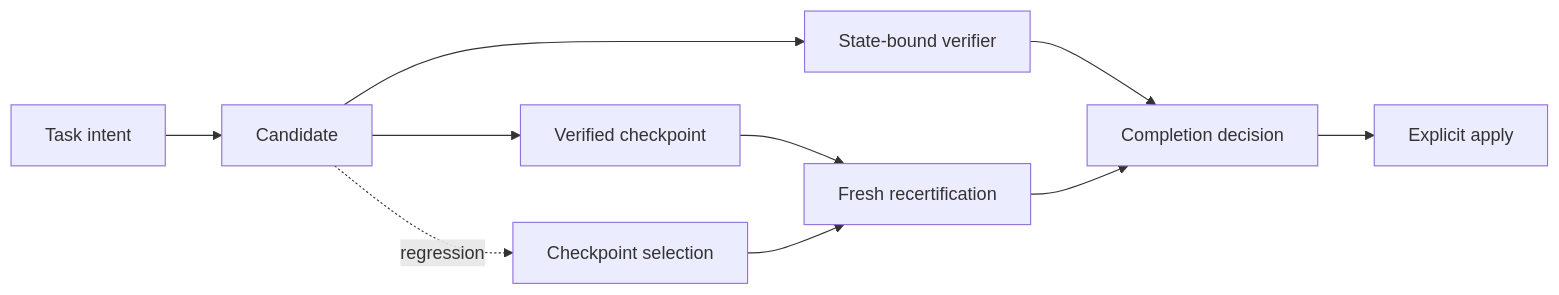
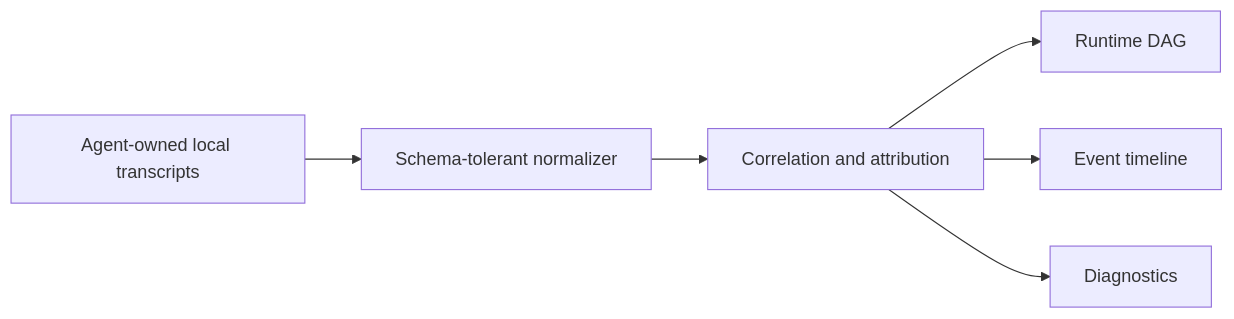
The diagram in docs/runs-console.md (hellogxp/stateseal), drawn with Mermaid before and after one commit. The commit also changed other lines of this file and 65 other files, not shown here.

````diff
--- a/docs/runs-console.md
+++ b/docs/runs-console.md
@@ -45,12 +19,8 @@
 ```mermaid
 flowchart LR
-  G["Task intent"] --> C["Candidate"]
-  C --> V["State-bound verifier"]
-  C --> K["Verified checkpoint"]
-  V --> D["Completion decision"]
-  K --> R["Fresh recertification"]
-  R --> D
-  D --> A["Explicit apply"]
-  C -. "regression" .-> X["Checkpoint selection"]
-  X --> R
+  L["Agent-owned local transcripts"] --> N["Schema-tolerant normalizer"]
+  N --> C["Correlation and attribution"]
+  C --> G["Runtime DAG"]
+  C --> T["Event timeline"]
+  C --> D["Diagnostics"]
 ```
````
